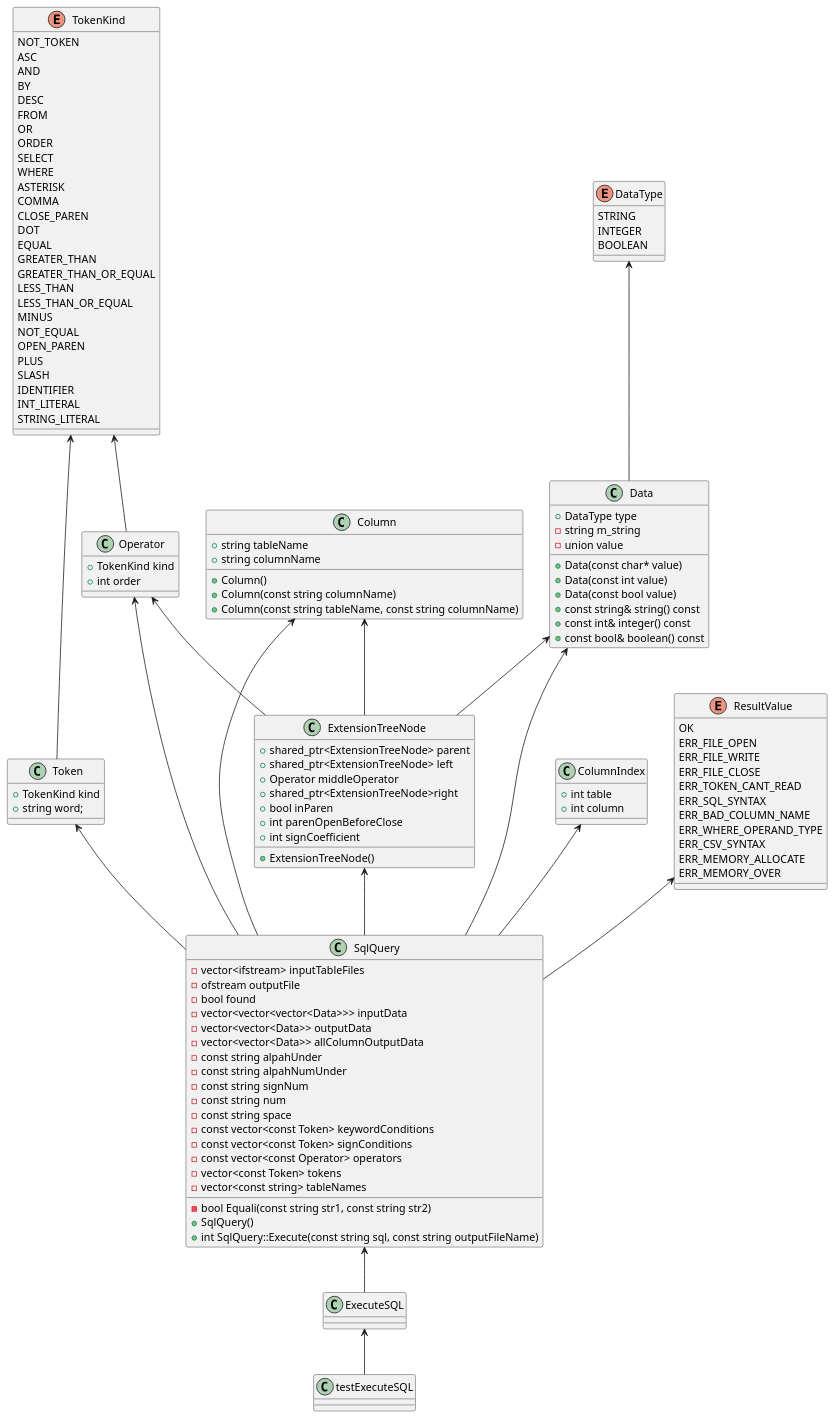
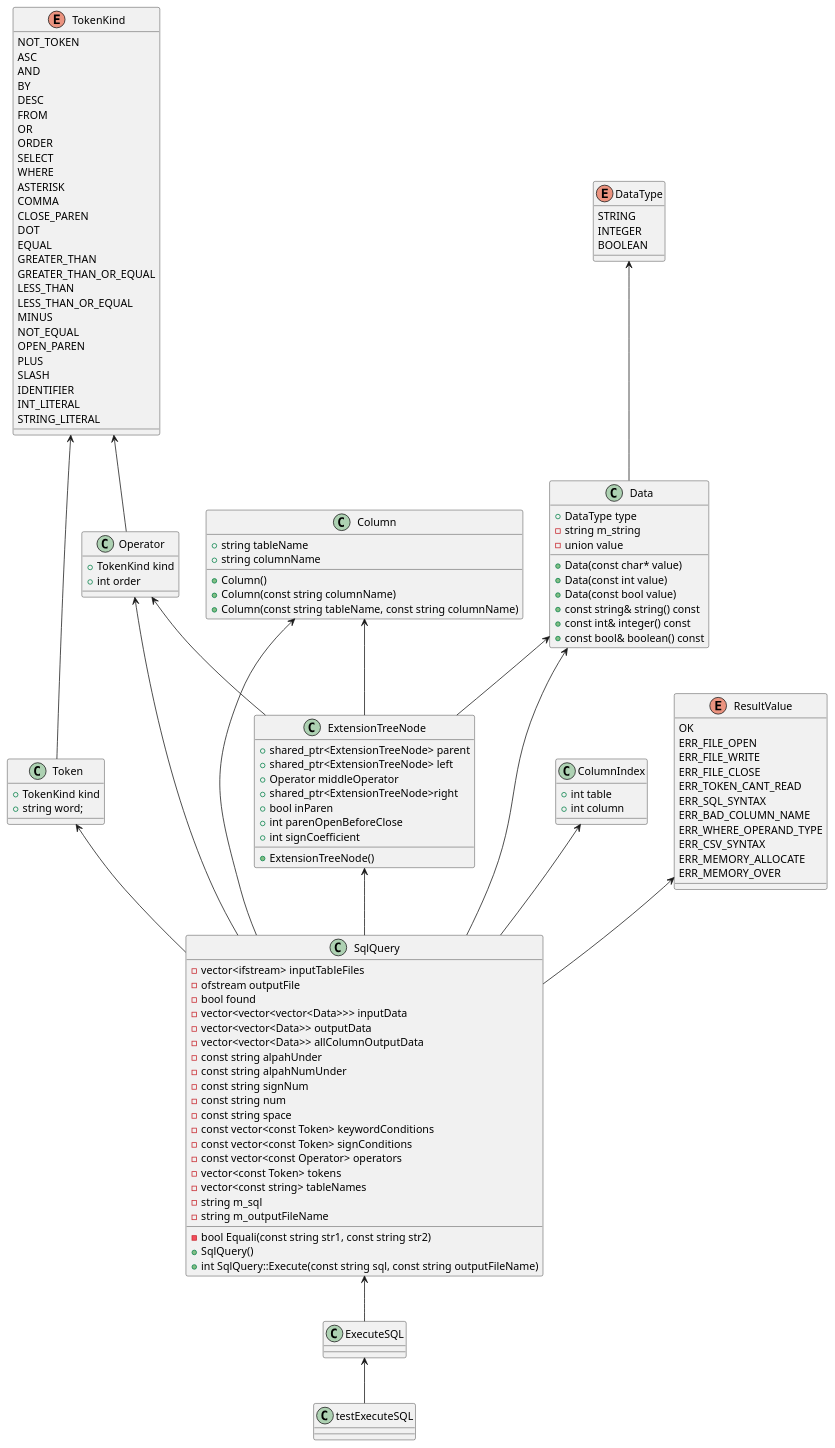
The diagram in ExecuteSQL.pu (yotten/TinySQL), drawn with PlantUML before and after one commit. The commit also changed 2 other files, not shown here.

```diff
--- a/ExecuteSQL.pu
+++ b/ExecuteSQL.pu
@@ -1,132 +1,134 @@
 @startuml
 
 class testExecuteSQL {}
 class SqlQuery {
 	-vector<ifstream> inputTableFiles
 	-ofstream outputFile
 	-bool found
 	-vector<vector<vector<Data>>> inputData
 	-vector<vector<Data>> outputData
 	-vector<vector<Data>> allColumnOutputData	
 	-const string alpahUnder
 	-const string alpahNumUnder
 	-const string signNum
 	-const string num
 	-const string space
 	-const vector<const Token> keywordConditions
 	-const vector<const Token> signConditions
 	-const vector<const Operator> operators
 	-vector<const Token> tokens
 	-vector<const string> tableNames
+	-string m_sql
+	-string m_outputFileName
 	-bool Equali(const string str1, const string str2)
 	+SqlQuery()
 	+int SqlQuery::Execute(const string sql, const string outputFileName)
 }
 class ExecuteSQL {
 	
 }
 
 class Data {
     +DataType type
 	-string m_string
 	-union value
 	+Data(const char* value)
 	+Data(const int value)
 	+Data(const bool value)
 	+const string& string() const
 	+const int& integer() const
 	+const bool& boolean() const
 }
 class Operator{
     +TokenKind kind
     +int order
 }
 class Token{
     +TokenKind kind
     +string word;
 }
 class ExtensionTreeNode{
 	+shared_ptr<ExtensionTreeNode> parent
 	+shared_ptr<ExtensionTreeNode> left
 	+Operator middleOperator
 	+shared_ptr<ExtensionTreeNode>right
 	+bool inParen
 	+int parenOpenBeforeClose
 	+int signCoefficient
 	+ExtensionTreeNode()
 }
 class ColumnIndex{
     +int table
     +int column
 }
 class Column{
     +string tableName
     +string columnName
     +Column()
     +Column(const string columnName)
     +Column(const string tableName, const string columnName)
 }
 enum DataType{
    	STRING
 	INTEGER
 	BOOLEAN
 }
 enum TokenKind{
     NOT_TOKEN
 	ASC
 	AND
 	BY
 	DESC
 	FROM
 	OR
 	ORDER
 	SELECT
 	WHERE
 	ASTERISK
 	COMMA
 	CLOSE_PAREN
 	DOT
 	EQUAL
 	GREATER_THAN
 	GREATER_THAN_OR_EQUAL
 	LESS_THAN
 	LESS_THAN_OR_EQUAL
 	MINUS
 	NOT_EQUAL
 	OPEN_PAREN
 	PLUS
 	SLASH
 	IDENTIFIER
 	INT_LITERAL
 	STRING_LITERAL
 }
 enum ResultValue{
     OK
 	ERR_FILE_OPEN
 	ERR_FILE_WRITE
 	ERR_FILE_CLOSE
 	ERR_TOKEN_CANT_READ
 	ERR_SQL_SYNTAX
 	ERR_BAD_COLUMN_NAME
 	ERR_WHERE_OPERAND_TYPE
 	ERR_CSV_SYNTAX
 	ERR_MEMORY_ALLOCATE
 	ERR_MEMORY_OVER
 }
 
 ExecuteSQL <-- testExecuteSQL
 SqlQuery <-- ExecuteSQL
 Data <-- SqlQuery
 Operator <-- SqlQuery
 Token <-- SqlQuery
 ExtensionTreeNode <-- SqlQuery
 ColumnIndex <-- SqlQuery
 Column <-- SqlQuery
 ResultValue <-- SqlQuery
 DataType <-- Data
 TokenKind <-- Token
 TokenKind <-- Operator
 Operator <-- ExtensionTreeNode
 Column <-- ExtensionTreeNode
 Data <-- ExtensionTreeNode
 @enduml
```
